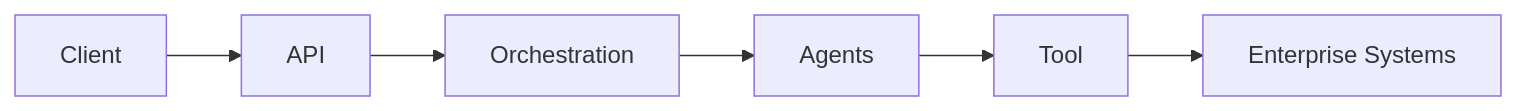
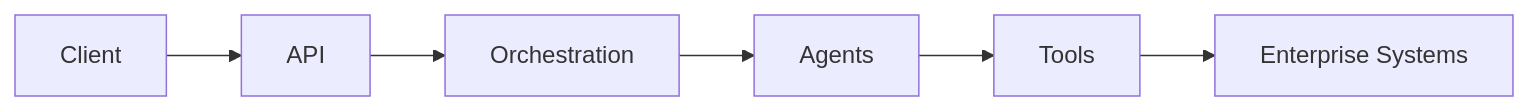
One commit to Poochaman/Poochaman changed the diagram in README.md. Above: the diagram before and after it, drawn with Mermaid. The commit also changed other lines of this file, not shown here.

````diff
--- a/README.md
+++ b/README.md
@@ -8,8 +7,8 @@
 ```mermaid
 flowchart LR
     A[Client] --> B[API]
     B --> C[Orchestration]
     C --> D[Agents]
-    D --> E[Tool]
+    D --> E[Tools]
     E --> F[Enterprise Systems]
 ```
````
